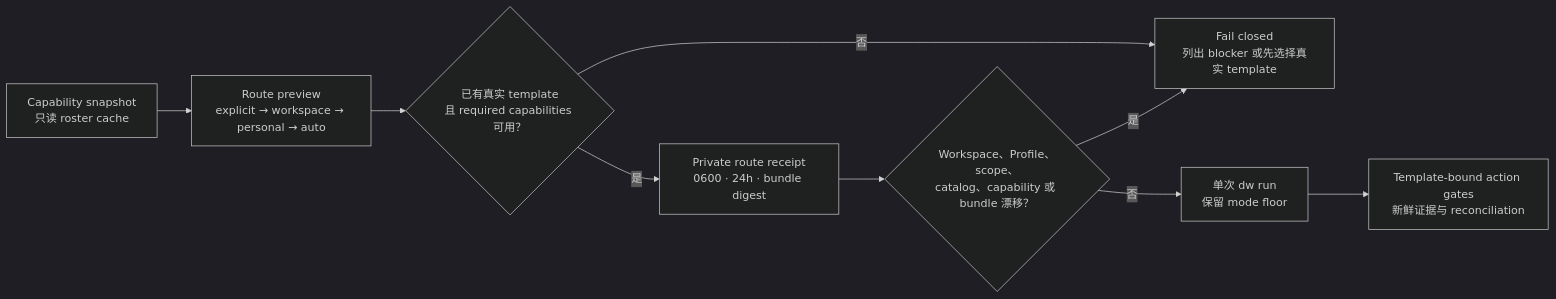
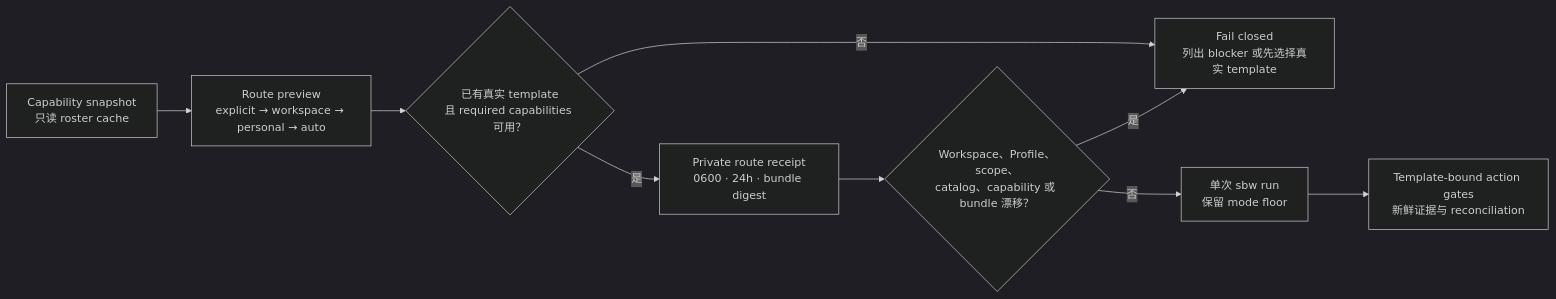
Before and after one commit to stephen-taipei/better-workflows: the second of 4 diagrams in docs/README.zh-CN.md, drawn with Mermaid (dark theme). The commit also changed other lines of this file and 23 other files, not shown here.

````diff
--- a/docs/README.zh-CN.md
+++ b/docs/README.zh-CN.md
@@ -172,11 +172,11 @@
 ```mermaid
 flowchart LR
   A["Capability snapshot<br/>只读 roster cache"] --> B["Route preview<br/>explicit → workspace → personal → auto"]
   B --> C{"已有真实 template<br/>且 required capabilities 可用？"}
   C -- "否" --> D["Fail closed<br/>列出 blocker 或先选择真实 template"]
   C -- "是" --> E["Private route receipt<br/>0600 · 24h · bundle digest"]
   E --> F{"Workspace、Profile、scope、<br/>catalog、capability 或 bundle 漂移？"}
   F -- "是" --> D
-  F -- "否" --> G["单次 dw run<br/>保留 mode floor"]
+  F -- "否" --> G["单次 sbw run<br/>保留 mode floor"]
   G --> H["Template-bound action gates<br/>新鲜证据与 reconciliation"]
 ```
````
